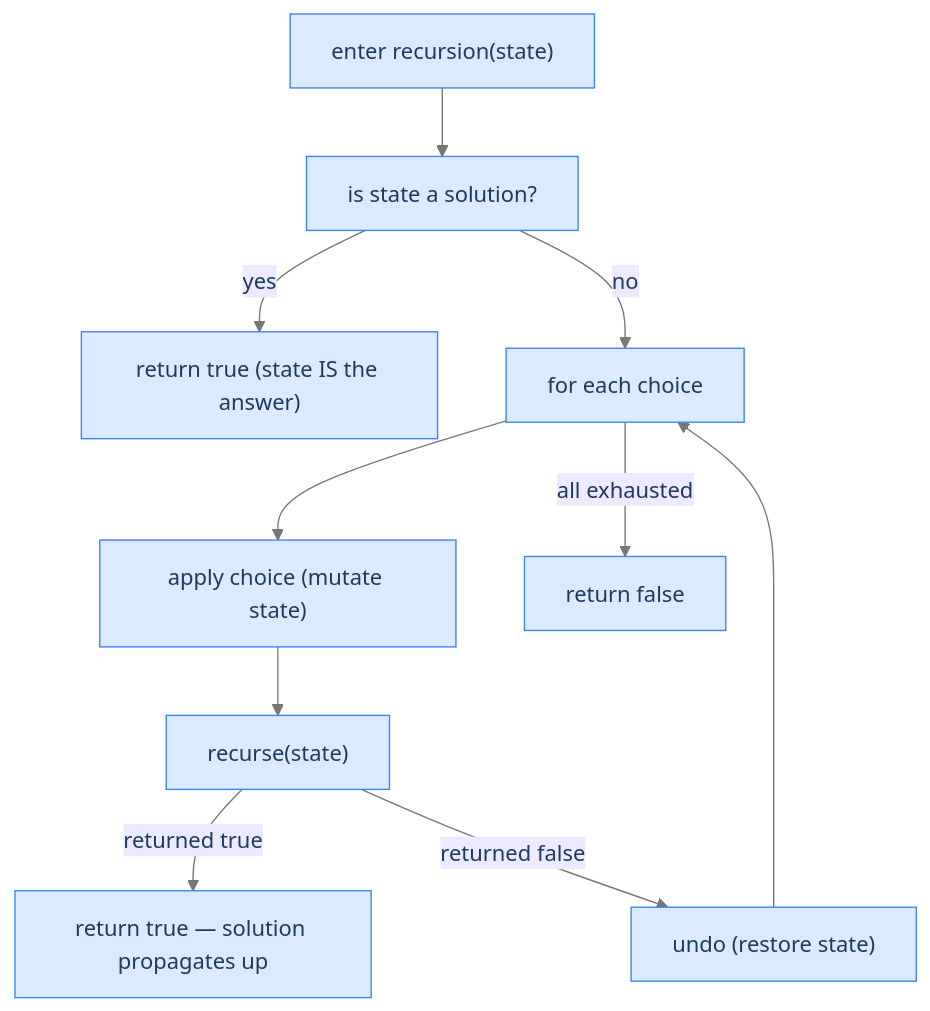
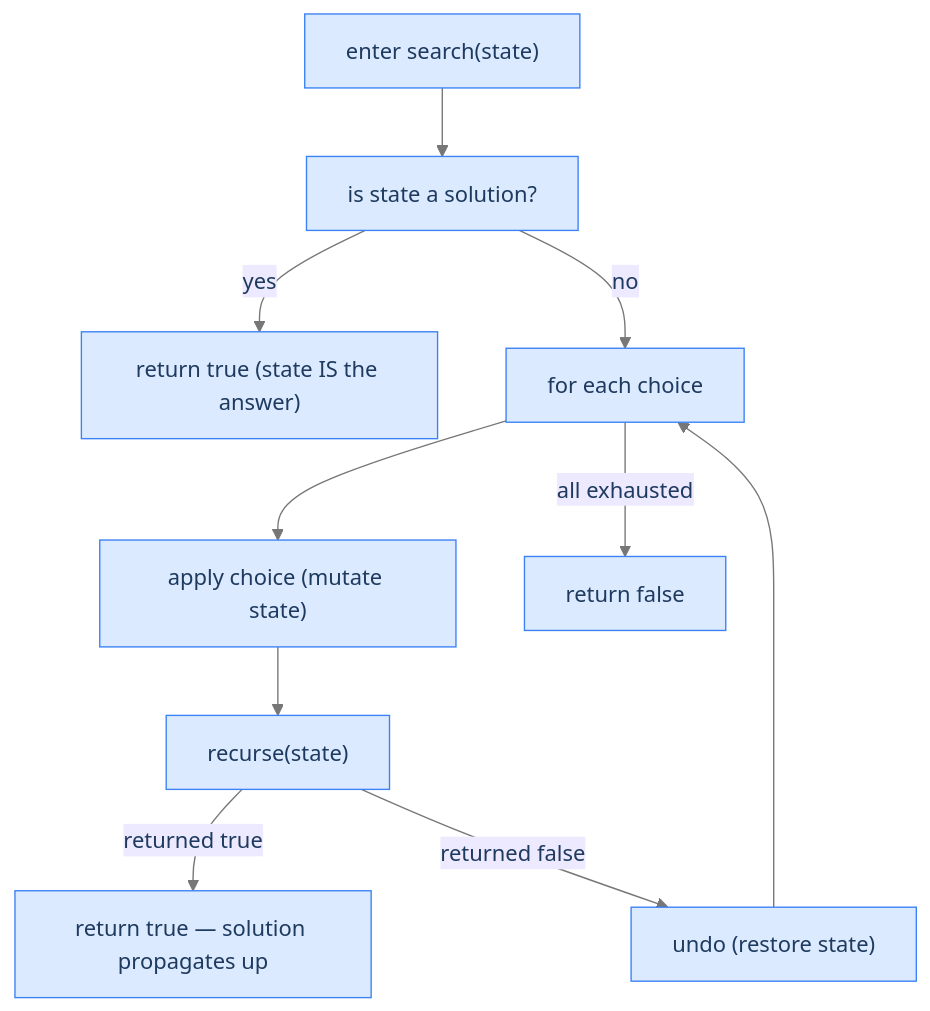
The diagram in content/cortex/data-structures-and-algorithms/05-algorithms-by-strategy/04-backtracking/05-pattern-backtracking-search/01-pattern.md (ani2fun/codefolio), drawn with Mermaid before and after one commit. The commit also changed other lines of this file and 1049 other files, not shown here.

````diff
--- a/content/cortex/data-structures-and-algorithms/05-algorithms-by-strategy/04-backtracking/05-pattern-backtracking-search/01-pattern.md
+++ b/content/cortex/data-structures-and-algorithms/05-algorithms-by-strategy/04-backtracking/05-pattern-backtracking-search/01-pattern.md
@@ -21,24 +14,24 @@
 ```mermaid
 ---
 config:
   theme: base
   themeVariables:
     primaryColor: "#dbeafe"
     primaryBorderColor: "#3b82f6"
     primaryTextColor: "#1e3a5f"
     lineColor: "#777777"
     secondaryColor: "#ede9fe"
     tertiaryColor: "#fef9c3"
 ---
 flowchart TB
-  ENTRY["enter recursion(state)"]
+  ENTRY["enter search(state)"]
   ENTRY --> GOAL["is state a solution?"]
   GOAL -->|"yes"| WIN["return true (state IS the answer)"]
   GOAL -->|"no"| LOOP["for each choice"]
   LOOP --> APPLY["apply choice (mutate state)"]
   APPLY --> RECUR["recurse(state)"]
   RECUR -->|"returned true"| BUBBLE["return true — solution propagates up"]
   RECUR -->|"returned false"| UNDO["undo (restore state)"]
   UNDO --> LOOP
   LOOP -->|"all exhausted"| FAIL["return false"]
 ```
````
